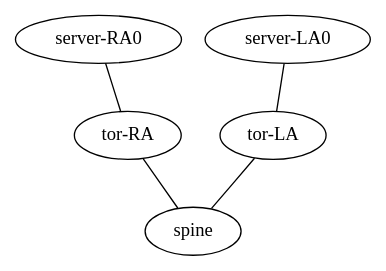
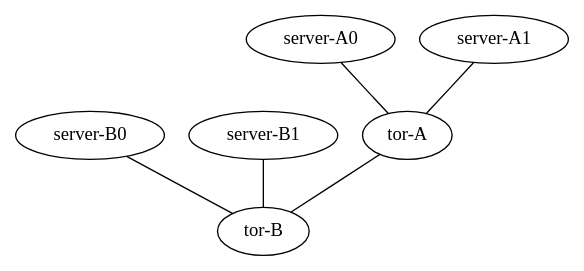
One commit to datacompucrs/DataCenter-1 changed the diagram in Vagrant/Get_Started/viewer.dot. Above: the diagram before and after it, drawn with Graphviz. The commit also changed 22 other files, not shown here.

```diff
--- a/Vagrant/Get_Started/viewer.dot
+++ b/Vagrant/Get_Started/viewer.dot
@@ -1,13 +1,8 @@
 graph vx {
-"tor-LA" [function="leaf" vagrant="eth1" os="hashicorp/bionic64" version="1.0.282" memory="600" config="./helper_scripts/config_production_switch.sh" ]
-"server-LA0" [function="host" vagrant="eth3" os="hashicorp/bionic64" version="1.0.282" memory="600" config="./helper_scripts/config_production_server.sh" ]
+"tor-A":"eth50" -- "tor-B":"eth49"
 
-"tor-RA" [function="leaf" vagrant="eth1" os="hashicorp/bionic64" version="1.0.282" memory="600" config="./helper_scripts/config_production_switch.sh" ]
-"server-RA0" [function="host" vagrant="eth3" os="hashicorp/bionic64" version="1.0.282" memory="600" config="./helper_scripts/config_production_server.sh" ]
-
-"tor-LA":"eth50" -- "spine":"eth1"
-"tor-RA":"eth50" -- "spine":"eth2"
-
-"server-LA0":"eth1" -- "tor-LA":"eth1" [left_mac="00:01:00:11:11:01"]
-"server-RA0":"eth1" -- "tor-RA":"eth1" [left_mac="00:01:00:11:11:01"]
+"server-A0":"eth1" -- "tor-A":"eth1" [left_mac="00:01:00:11:11:01"]
+"server-A1":"eth1" -- "tor-A":"eth2" [left_mac="00:01:00:22:22:02"]
+"server-B0":"eth1" -- "tor-B":"eth1" [left_mac="00:02:00:11:11:01"]
+"server-B1":"eth1" -- "tor-B":"eth2" [left_mac="00:02:00:22:22:02"]
 }
```
